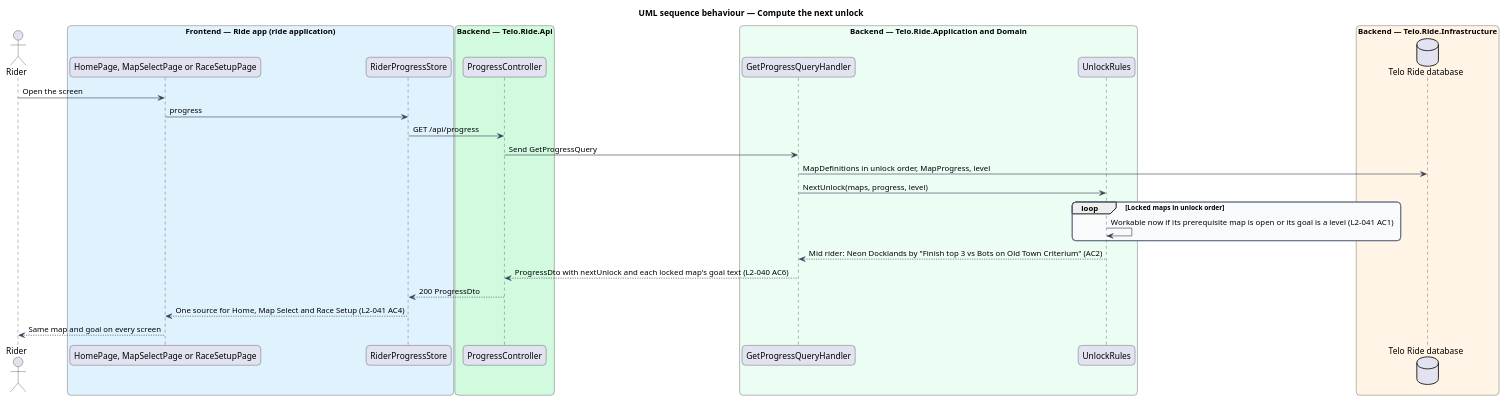
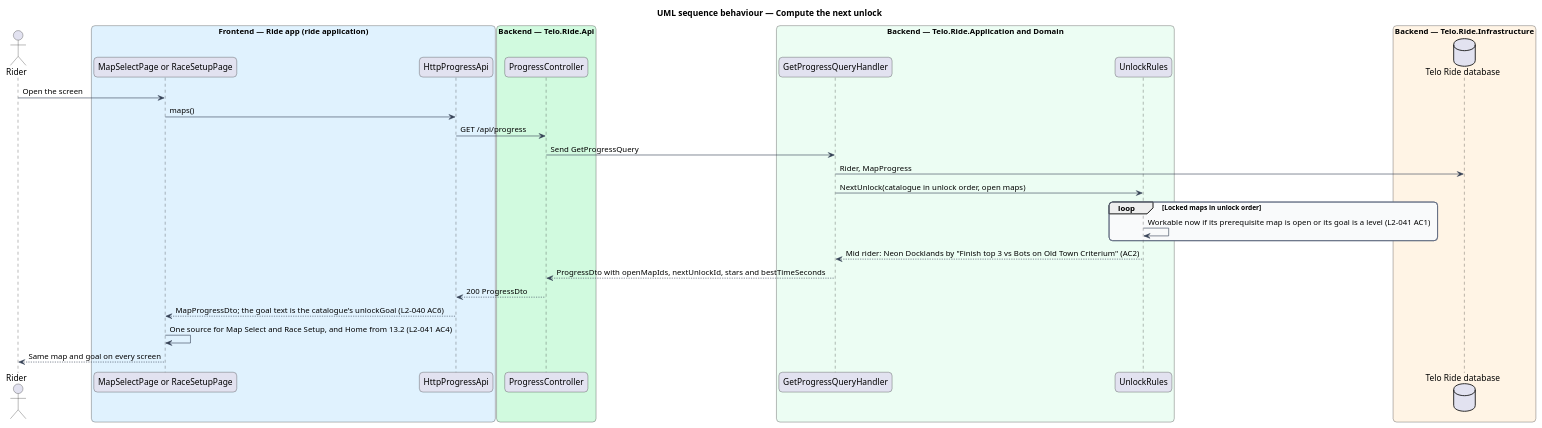
Before and after one commit to QuinntyneBrown/ride-one: the diagram in docs/detailed-designs/progression/earn-stars-and-unlock-maps/diagrams/sequence-next-unlock.puml, drawn with PlantUML. The commit also changed 9 other files, not shown here.

First line of the commit message:
Bring the stars and unlocks design in line with what was built

```diff
--- a/docs/detailed-designs/progression/earn-stars-and-unlock-maps/diagrams/sequence-next-unlock.puml
+++ b/docs/detailed-designs/progression/earn-stars-and-unlock-maps/diagrams/sequence-next-unlock.puml
@@ -1,46 +1,47 @@
 @startuml
 title UML sequence behaviour — Compute the next unlock
 skinparam backgroundColor #FFFFFF
 skinparam shadowing false
 skinparam roundcorner 12
 skinparam defaultFontName Arial
 skinparam ArrowColor #344054
 skinparam rectangle {
   BorderColor #344054
   FontColor #101828
 }
 skinparam package {
   BorderColor #667085
   FontColor #101828
   BackgroundColor #F9FAFB
 }
 actor "Rider" as actor
 box "Frontend — Ride app (ride application)" #E0F2FE
-  participant "HomePage, MapSelectPage or RaceSetupPage" as page
-  participant "RiderProgressStore" as store
+  participant "MapSelectPage or RaceSetupPage" as page
+  participant "HttpProgressApi" as store
 end box
 box "Backend — Telo.Ride.Api" #D1FADF
   participant "ProgressController" as ctrl
 end box
 box "Backend — Telo.Ride.Application and Domain" #ECFDF3
   participant "GetProgressQueryHandler" as handler
   participant "UnlockRules" as unlocks
 end box
 box "Backend — Telo.Ride.Infrastructure" #FFF4E5
   database "Telo Ride database" as db
 end box
 actor -> page : Open the screen
-page -> store : progress
+page -> store : maps()
 store -> ctrl : GET /api/progress
 ctrl -> handler : Send GetProgressQuery
-handler -> db : MapDefinitions in unlock order, MapProgress, level
-handler -> unlocks : NextUnlock(maps, progress, level)
+handler -> db : Rider, MapProgress
+handler -> unlocks : NextUnlock(catalogue in unlock order, open maps)
 loop Locked maps in unlock order
   unlocks -> unlocks : Workable now if its prerequisite map is open or its goal is a level (L2-041 AC1)
 end
 unlocks --> handler : Mid rider: Neon Docklands by "Finish top 3 vs Bots on Old Town Criterium" (AC2)
-handler --> ctrl : ProgressDto with nextUnlock and each locked map's goal text (L2-040 AC6)
+handler --> ctrl : ProgressDto with openMapIds, nextUnlockId, stars and bestTimeSeconds
 ctrl --> store : 200 ProgressDto
-store --> page : One source for Home, Map Select and Race Setup (L2-041 AC4)
+store --> page : MapProgressDto; the goal text is the catalogue's unlockGoal (L2-040 AC6)
+page -> page : One source for Map Select and Race Setup, and Home from 13.2 (L2-041 AC4)
 page --> actor : Same map and goal on every screen
 @enduml
```
